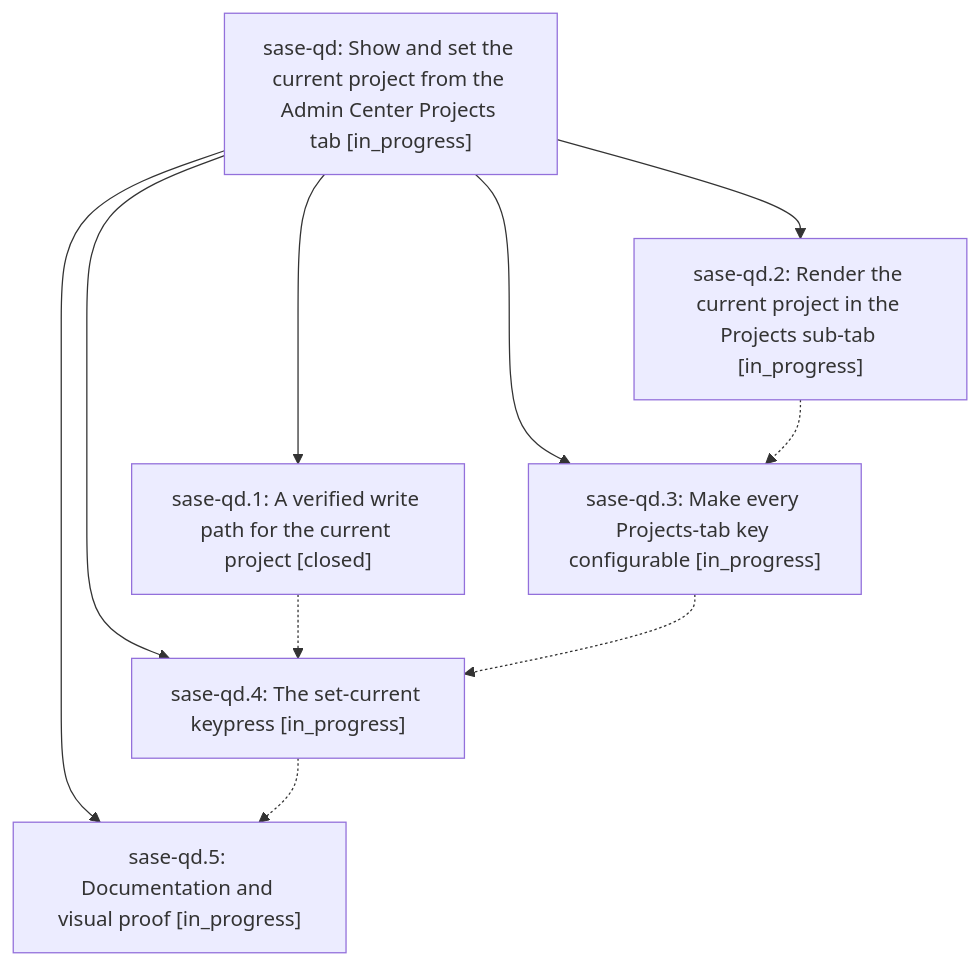
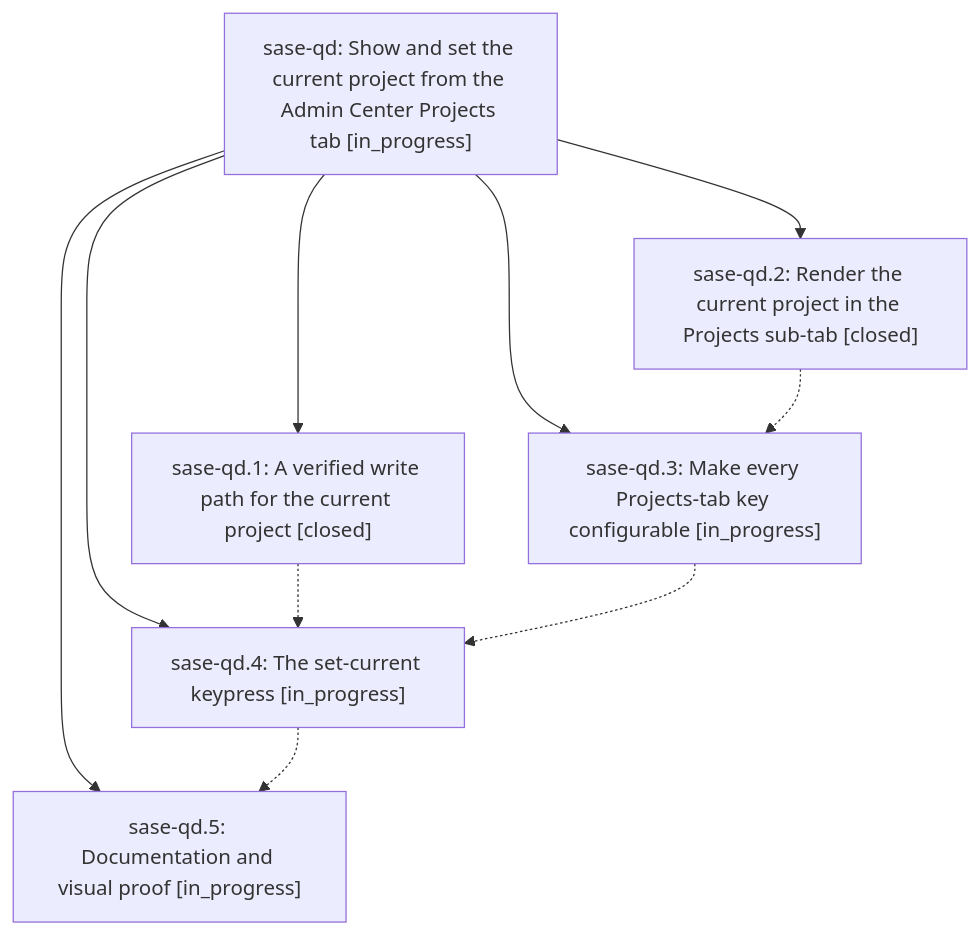
The diagram in pages/sase-qd/README.md (sase-org/sase--beads), drawn with Mermaid before and after one commit. The commit also changed other lines of this file and 2 other files, not shown here.

First line of the commit message:
chore(beads): sync bead state and pages for sase-qd

````diff
--- a/pages/sase-qd/README.md
+++ b/pages/sase-qd/README.md
@@ -26,18 +26,18 @@
 ```mermaid
 flowchart TD
     n0["sase-qd: Show and set the current project from the Admin Center Projects tab [in_progress]"]
     n1["sase-qd.1: A verified write path for the current project [closed]"]
-    n2["sase-qd.2: Render the current project in the Projects sub-tab [in_progress]"]
+    n2["sase-qd.2: Render the current project in the Projects sub-tab [closed]"]
     n3["sase-qd.3: Make every Projects-tab key configurable [in_progress]"]
     n4["sase-qd.4: The set-current keypress [in_progress]"]
     n5["sase-qd.5: Documentation and visual proof [in_progress]"]
     n0 --> n1
     n0 --> n2
     n0 --> n3
     n0 --> n4
     n0 --> n5
     n1 -.-> n4
     n2 -.-> n3
     n3 -.-> n4
     n4 -.-> n5
 ```
````
